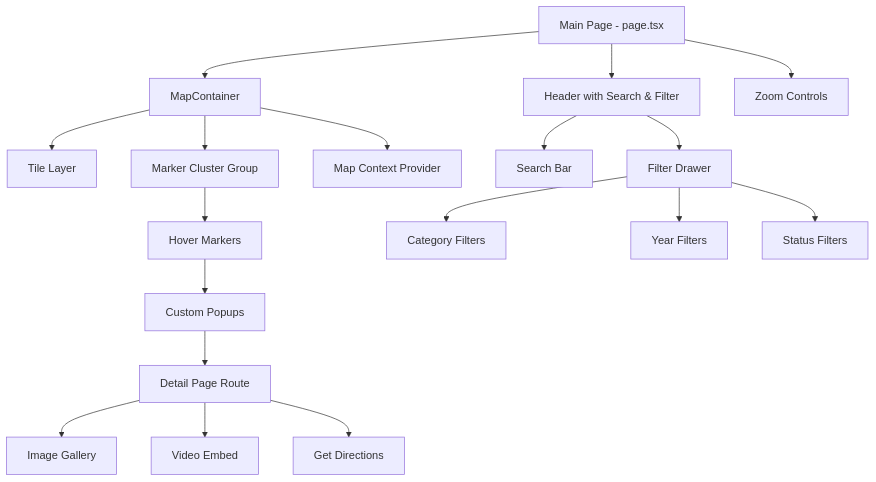
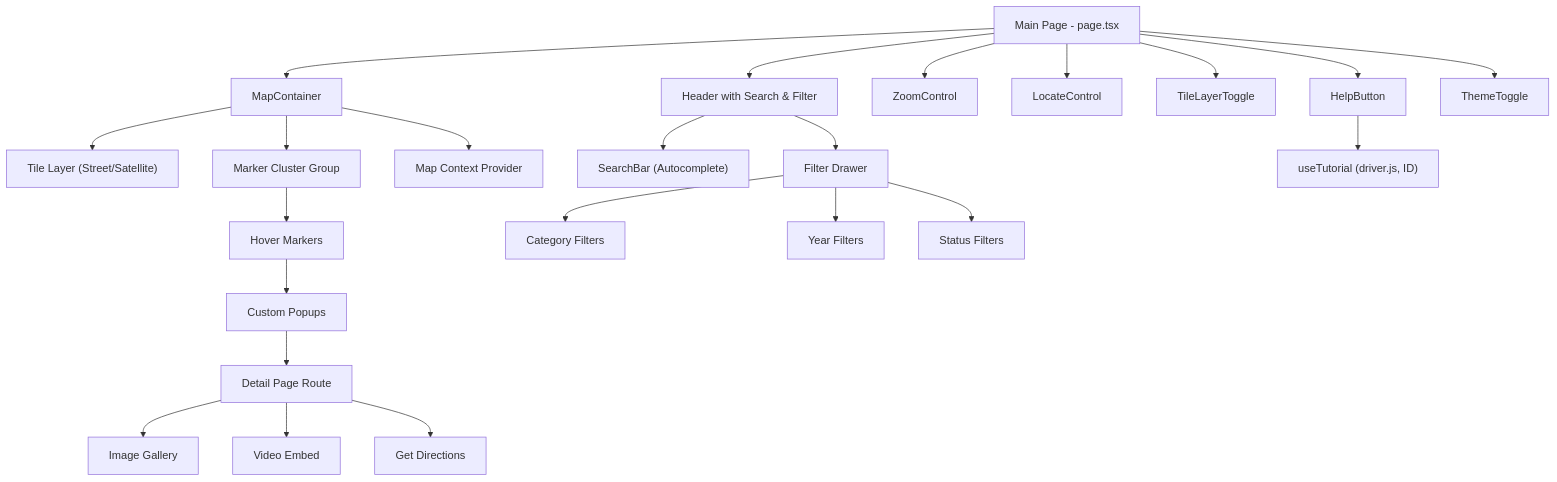
The diagram in DOCS.md (im-aufa/InteractiveMap), drawn with Mermaid before and after one commit. The commit also changed other lines of this file and 13 other files, not shown here.

First line of the commit message:
feat(v3.0.0): Add HelpButton, LocateControl, TileLayerToggle; SearchBar autocomplete; ID tutorial localization

````diff
--- a/DOCS.md
+++ b/DOCS.md
@@ -86,25 +86,31 @@
 ```mermaid
 graph TD
-    A[Main Page - page.tsx] --> B[MapContainer]
-    A --> C[Header with Search & Filter]
-    A --> D[Zoom Controls]
-    
-    B --> E[Tile Layer]
+    A["Main Page - page.tsx"] --> B[MapContainer]
+    A --> C["Header with Search & Filter"]
+    A --> D[ZoomControl]
+    A --> DA[LocateControl]
+    A --> DB[TileLayerToggle]
+    A --> DC[HelpButton]
+    A --> DD[ThemeToggle]
+
+    B --> E["Tile Layer (Street/Satellite)"]
     B --> F[Marker Cluster Group]
     B --> G[Map Context Provider]
-    
+
     F --> H[Hover Markers]
     H --> I[Custom Popups]
-    
-    C --> J[Search Bar]
+
+    C --> J["SearchBar (Autocomplete)"]
     C --> K[Filter Drawer]
-    
+
     K --> L[Category Filters]
     K --> M[Year Filters]
     K --> N[Status Filters]
-    
+
+    DC --> T["useTutorial (driver.js, ID)"] 
+
     I --> O[Detail Page Route]
     O --> P[Image Gallery]
     O --> Q[Video Embed]
     O --> R[Get Directions]
 ```
````
